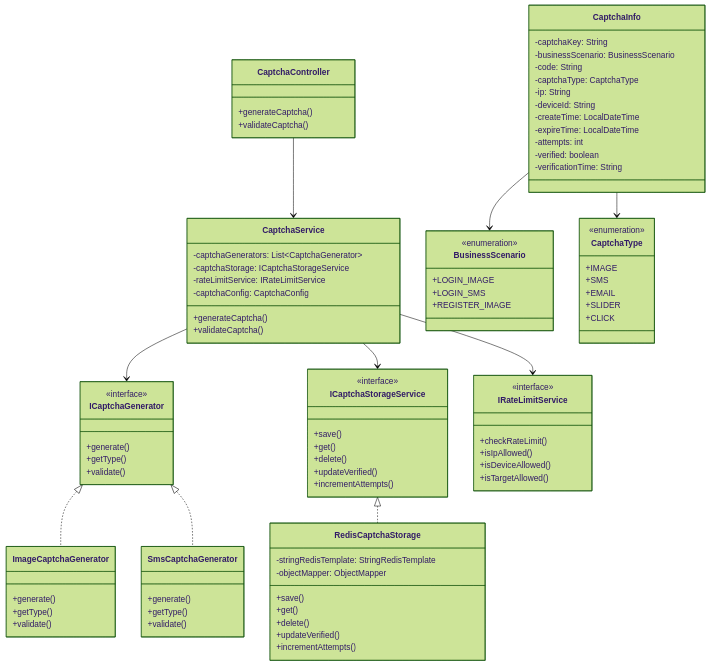
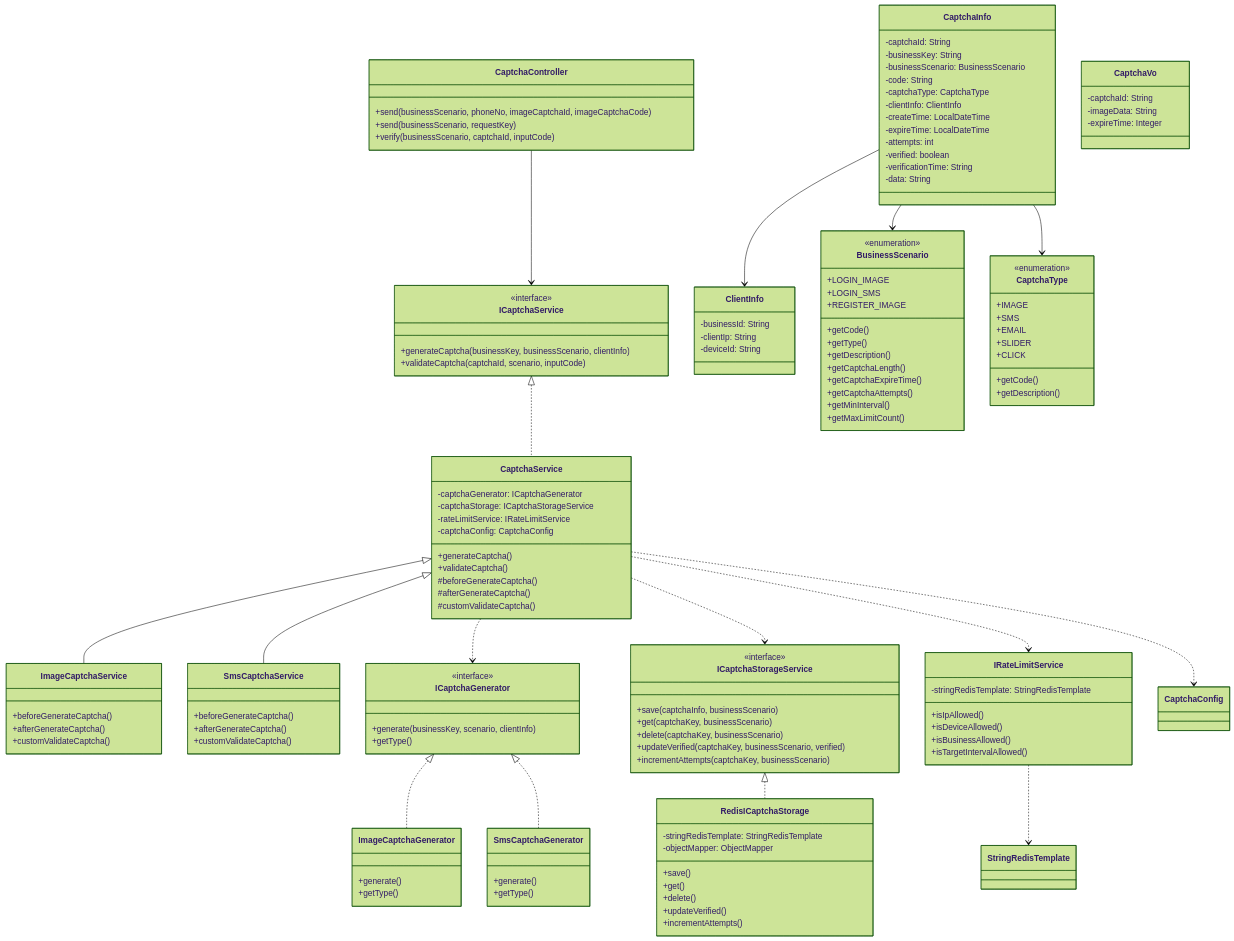
One commit to opensabre/base-sysadmin changed the second of 5 diagrams in CAPTCHA_MODULE_DESIGN.md. Above: the diagram before and after it, drawn with Mermaid (forest theme). The commit also changed other lines of this file and 1 other file, not shown here.

Commit message:
Update captcha module design documentation with latest architecture

````diff
--- a/CAPTCHA_MODULE_DESIGN.md
+++ b/CAPTCHA_MODULE_DESIGN.md
@@ -48,48 +51,67 @@
 ```mermaid
 classDiagram
     class CaptchaController {
-        +generateCaptcha()
-        +validateCaptcha()
+        +send(businessScenario, phoneNo, imageCaptchaId, imageCaptchaCode)
+        +send(businessScenario, requestKey)
+        +verify(businessScenario, captchaId, inputCode)
+    }
+    
+    class ICaptchaService {
+        <<interface>>
+        +generateCaptcha(businessKey, businessScenario, clientInfo)
+        +validateCaptcha(captchaId, scenario, inputCode)
     }
     
     class CaptchaService {
-        -captchaGenerators: List~CaptchaGenerator~
+        -captchaGenerator: ICaptchaGenerator
         -captchaStorage: ICaptchaStorageService
         -rateLimitService: IRateLimitService
         -captchaConfig: CaptchaConfig
         +generateCaptcha()
         +validateCaptcha()
+        #beforeGenerateCaptcha()
+        #afterGenerateCaptcha()
+        #customValidateCaptcha()
+    }
+    
+    class ImageCaptchaService {
+        +beforeGenerateCaptcha()
+        +afterGenerateCaptcha()
+        +customValidateCaptcha()
+    }
+    
+    class SmsCaptchaService {
+        +beforeGenerateCaptcha()
+        +afterGenerateCaptcha()
+        +customValidateCaptcha()
     }
     
     class ICaptchaGenerator {
         <<interface>>
-        +generate()
+        +generate(businessKey, scenario, clientInfo)
         +getType()
-        +validate()
     }
     
     class ImageCaptchaGenerator {
         +generate()
         +getType()
-        +validate()
     }
     
     class SmsCaptchaGenerator {
         +generate()
         +getType()
-        +validate()
     }
     
     class ICaptchaStorageService {
         <<interface>>
-        +save()
-        +get()
-        +delete()
-        +updateVerified()
-        +incrementAttempts()
+        +save(captchaInfo, businessScenario)
+        +get(captchaKey, businessScenario)
+        +delete(captchaKey, businessScenario)
+        +updateVerified(captchaKey, businessScenario, verified)
+        +incrementAttempts(captchaKey, businessScenario)
     }
     
-    class RedisCaptchaStorage {
+    class RedisICaptchaStorage {
         -stringRedisTemplate: StringRedisTemplate
         -objectMapper: ObjectMapper
         +save()
@@ -100,25 +122,38 @@
     }
     
     class IRateLimitService {
-        <<interface>>
-        +checkRateLimit()
+        -stringRedisTemplate: StringRedisTemplate
         +isIpAllowed()
         +isDeviceAllowed()
-        +isTargetAllowed()
+        +isBusinessAllowed()
+        +isTargetIntervalAllowed()
     }
     
     class CaptchaInfo {
-        -captchaKey: String
+        -captchaId: String
+        -businessKey: String
         -businessScenario: BusinessScenario
         -code: String
         -captchaType: CaptchaType
-        -ip: String
-        -deviceId: String
+        -clientInfo: ClientInfo
         -createTime: LocalDateTime
         -expireTime: LocalDateTime
         -attempts: int
         -verified: boolean
         -verificationTime: String
+        -data: String
+    }
+    
+    class ClientInfo {
+        -businessId: String
+        -clientIp: String
+        -deviceId: String
+    }
+    
+    class CaptchaVo {
+        -captchaId: String
+        -imageData: String
+        -expireTime: Integer
     }
     
     class BusinessScenario {
@@ -126,6 +161,14 @@
         +LOGIN_IMAGE
         +LOGIN_SMS
         +REGISTER_IMAGE
+        +getCode()
+        +getType()
+        +getDescription()
+        +getCaptchaLength()
+        +getCaptchaExpireTime()
+        +getCaptchaAttempts()
+        +getMinInterval()
+        +getMaxLimitCount()
     }
     
     class CaptchaType {
@@ -135,15 +178,23 @@
         +EMAIL
         +SLIDER
         +CLICK
+        +getCode()
+        +getDescription()
     }
     
-    CaptchaController --> CaptchaService
-    CaptchaService --> ICaptchaGenerator
-    CaptchaService --> ICaptchaStorageService
-    CaptchaService --> IRateLimitService
+    CaptchaController --> ICaptchaService
+    ICaptchaService <|.. CaptchaService
+    CaptchaService <|-- ImageCaptchaService
+    CaptchaService <|-- SmsCaptchaService
+    CaptchaService ..> ICaptchaGenerator
+    CaptchaService ..> ICaptchaStorageService
+    CaptchaService ..> IRateLimitService
     ICaptchaGenerator <|.. ImageCaptchaGenerator
     ICaptchaGenerator <|.. SmsCaptchaGenerator
-    ICaptchaStorageService <|.. RedisCaptchaStorage
+    ICaptchaStorageService <|.. RedisICaptchaStorage
+    IRateLimitService ..> StringRedisTemplate
     CaptchaInfo --> BusinessScenario
     CaptchaInfo --> CaptchaType
+    CaptchaInfo --> ClientInfo
+    CaptchaService ..> CaptchaConfig
 ```
````
